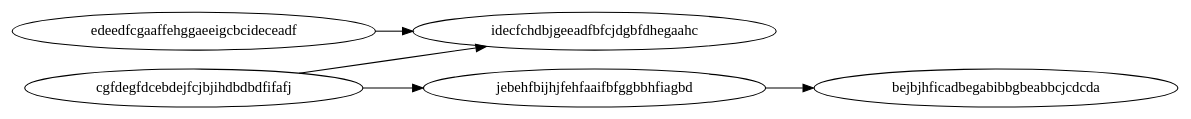
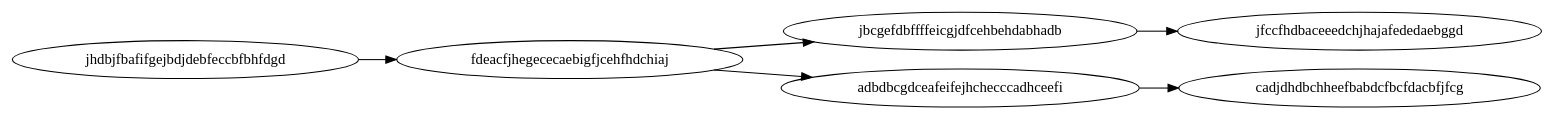
Before and after one commit to qreal/qreal: the diagram in qrgui/dotFiles/graph1.dot, drawn with Graphviz. The commit also changed 15 other files, not shown here.

```diff
--- a/qrgui/dotFiles/graph1.dot
+++ b/qrgui/dotFiles/graph1.dot
@@ -1,7 +1,8 @@
 digraph G { 
 rankdir=LR; 
-edeedfcgaaffehggaeeigcbcideceadf -> idecfchdbjgeeadfbfcjdgbfdhegaahc;
-cgfdegfdcebdejfcjbjihdbdbdfifafj -> idecfchdbjgeeadfbfcjdgbfdhegaahc;
-cgfdegfdcebdejfcjbjihdbdbdfifafj -> jebehfbijhjfehfaaifbfggbbhfiagbd;
-jebehfbijhjfehfaaifbfggbbhfiagbd -> bejbjhficadbegabibbgbeabbcjcdcda;
+jhdbjfbafifgejbdjdebfeccbfbhfdgd -> fdeacfjhegececaebigfjcehfhdchiaj;
+fdeacfjhegececaebigfjcehfhdchiaj -> jbcgefdbffffeicgjdfcehbehdabhadb;
+fdeacfjhegececaebigfjcehfhdchiaj -> adbdbcgdceafeifejhchecccadhceefi;
+jbcgefdbffffeicgjdfcehbehdabhadb -> jfccfhdbaceeedchjhajafededaebggd;
+adbdbcgdceafeifejhchecccadhceefi -> cadjdhdbchheefbabdcfbcfdacbfjfcg;
 }
```
